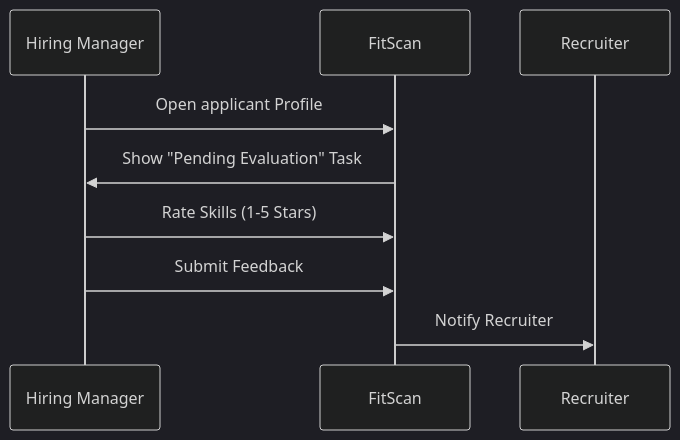
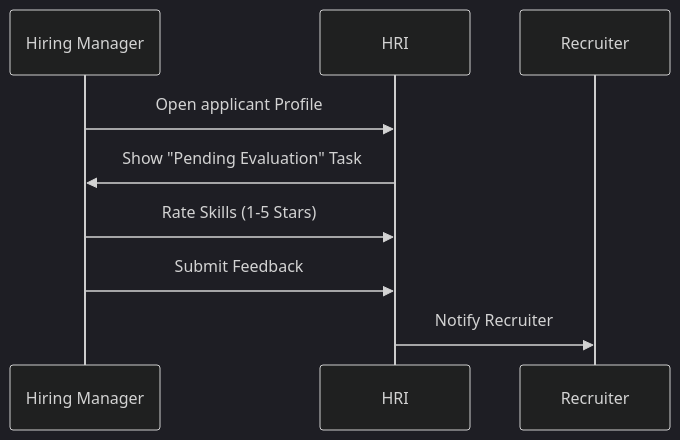
Before and after one commit to poojaroonwit/studio: the diagram in docs/manuals/interviews/Scoring.md, drawn with Mermaid (dark theme). The commit also changed 119 other files, not shown here.

````diff
--- a/docs/manuals/interviews/Scoring.md
+++ b/docs/manuals/interviews/Scoring.md
@@ -17,12 +17,12 @@
 ```mermaid
 sequenceDiagram
     participant HM as Hiring Manager
-    participant App as FitScan
+    participant App as HRI
     participant Rec as Recruiter
 
     HM->>App: Open applicant Profile
     App->>HM: Show "Pending Evaluation" Task
     HM->>App: Rate Skills (1-5 Stars)
     HM->>App: Submit Feedback
     App->>Rec: Notify Recruiter
 ```
````
